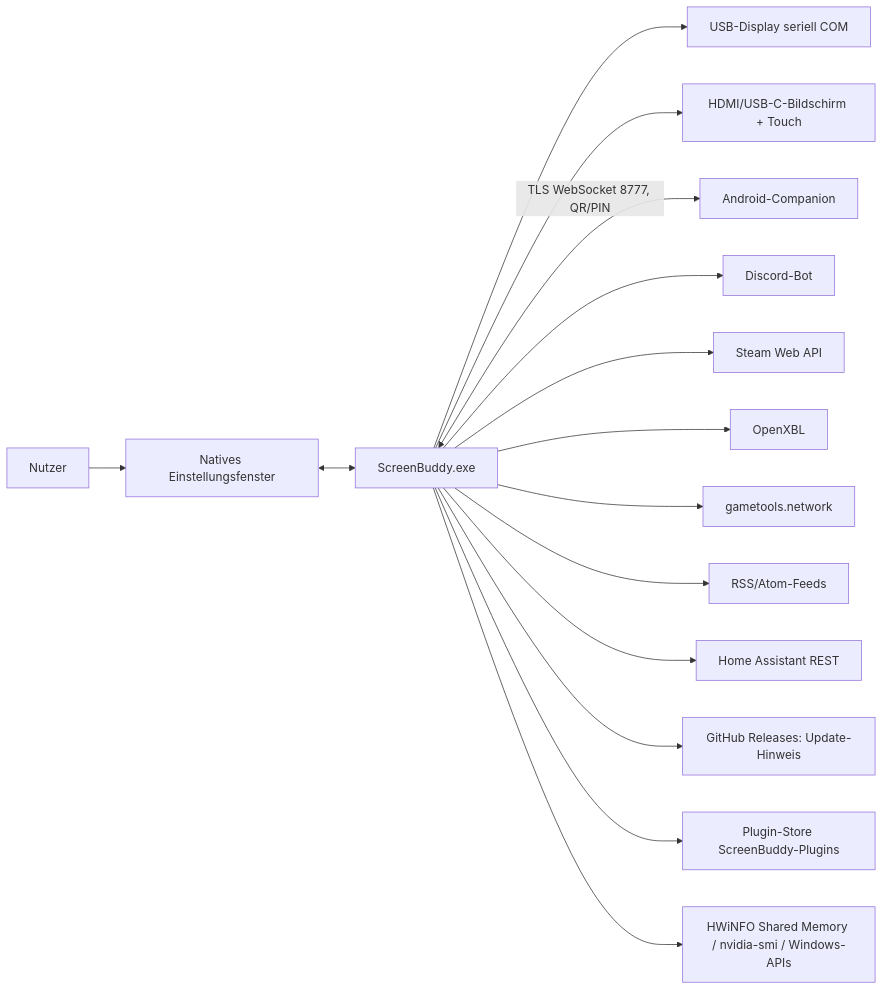
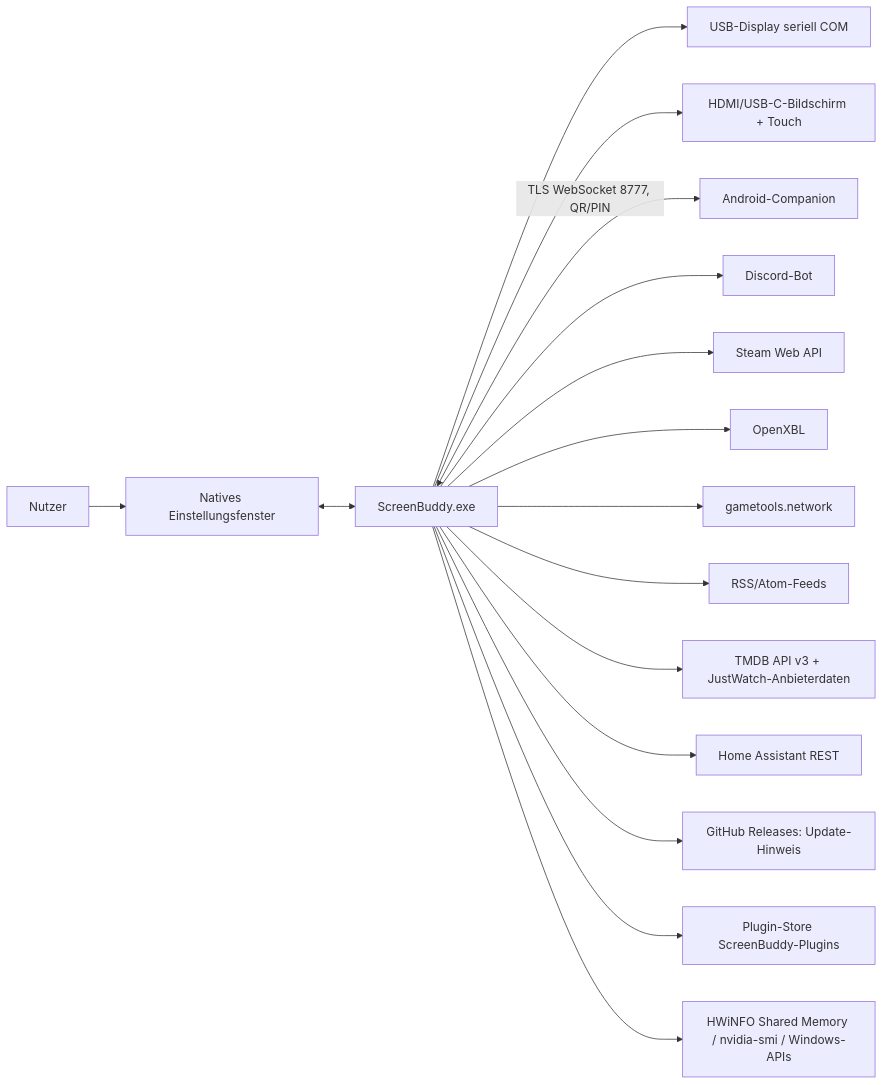
Before and after one commit to PapaFuchs84/ScreenBuddy: the first of 2 diagrams in docs/ARCHITEKTUR.md, drawn with Mermaid. The commit also changed other lines of this file and 15 other files, not shown here.

````diff
--- a/docs/ARCHITEKTUR.md
+++ b/docs/ARCHITEKTUR.md
@@ -25,18 +25,19 @@
 ```mermaid
 flowchart LR
   user[Nutzer] --> settings[Natives Einstellungsfenster]
   app[ScreenBuddy.exe]
   settings <--> app
   app --> lcd[USB-Display seriell COM]
   app --> mon[HDMI/USB-C-Bildschirm + Touch]
   app <-->|TLS WebSocket 8777, QR/PIN| phone[Android-Companion]
   app --> discord[Discord-Bot]
   app --> steam[Steam Web API]
   app --> xbox[OpenXBL]
   app --> bf6[gametools.network]
   app --> rss[RSS/Atom-Feeds]
+  app --> tmdb[TMDB API v3 + JustWatch-Anbieterdaten]
   app --> ha[Home Assistant REST]
   app --> gh[GitHub Releases: Update-Hinweis]
   app --> store[Plugin-Store ScreenBuddy-Plugins]
   app --> hw[HWiNFO Shared Memory / nvidia-smi / Windows-APIs]
 ```
````
